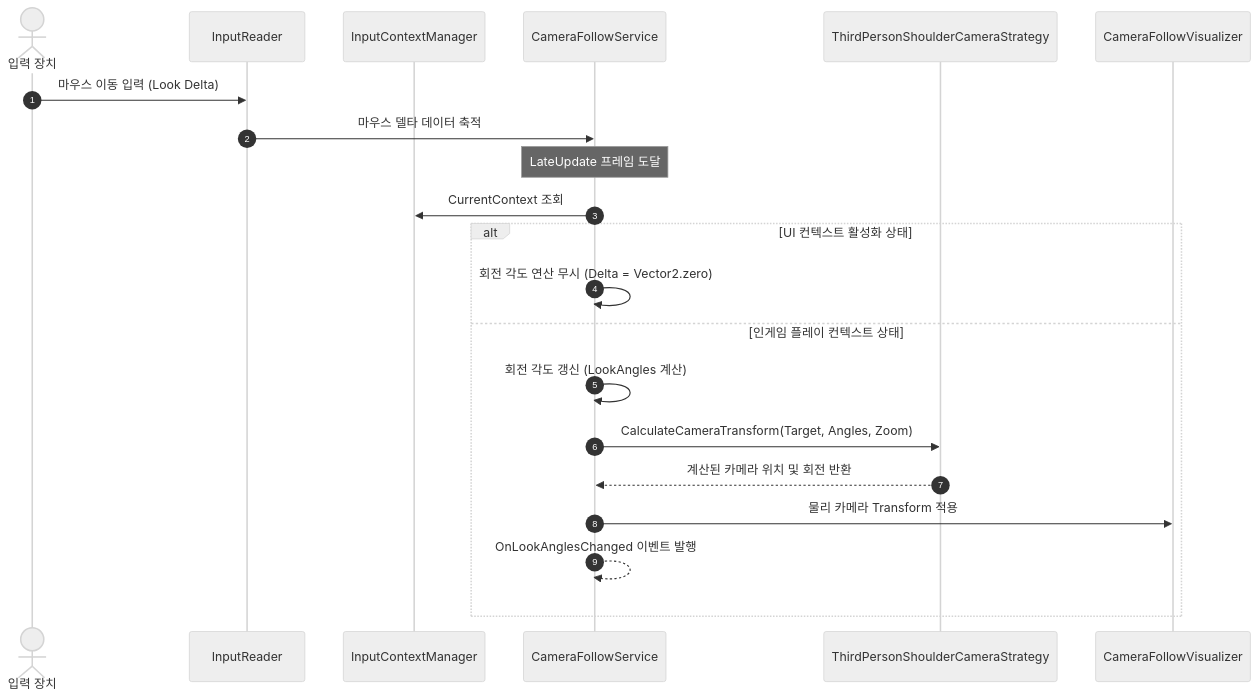
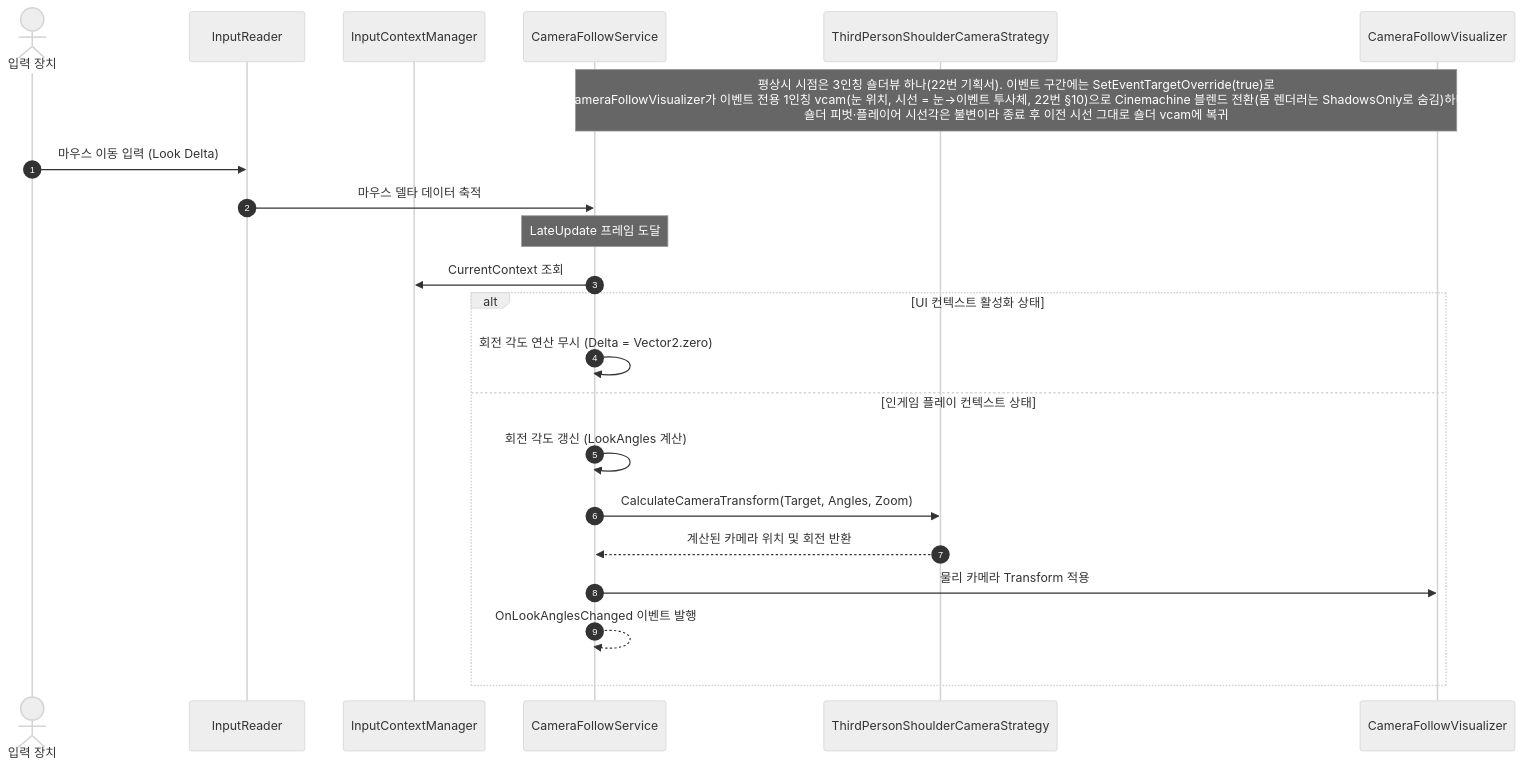
One commit to WhiteAppleKo/UnitMagician changed the second of 3 diagrams in Assets/00.Document/98.System/02.Locomotion_CameraSystem.md. Above: the diagram before and after it, drawn with Mermaid (neutral theme). The commit also changed other lines of this file and 393 other files, not shown here.

````diff
--- a/Assets/00.Document/98.System/02.Locomotion_CameraSystem.md
+++ b/Assets/00.Document/98.System/02.Locomotion_CameraSystem.md
@@ -51,24 +64,25 @@
 ```mermaid
 sequenceDiagram
     autonumber
     actor User as 입력 장치
     participant IR as InputReader
     participant ICM as InputContextManager
     participant CFS as CameraFollowService
     participant STRAT as ThirdPersonShoulderCameraStrategy
     participant VIS as CameraFollowVisualizer
+    Note over CFS,VIS: 평상시 시점은 3인칭 숄더뷰 하나(22번 기획서). 이벤트 구간에는 SetEventTargetOverride(true)로<br/>CameraFollowVisualizer가 이벤트 전용 1인칭 vcam(눈 위치, 시선 = 눈→이벤트 투사체, 22번 §10)으로 Cinemachine 블렌드 전환(몸 렌더러는 ShadowsOnly로 숨김)하며<br/>숄더 피벗·플레이어 시선각은 불변이라 종료 후 이전 시선 그대로 숄더 vcam에 복귀
 
     User->>IR: 마우스 이동 입력 (Look Delta)
     IR->>CFS: 마우스 델타 데이터 축적
     Note over CFS: LateUpdate 프레임 도달
     CFS->>ICM: CurrentContext 조회
     alt UI 컨텍스트 활성화 상태
         CFS->>CFS: 회전 각도 연산 무시 (Delta = Vector2.zero)
     else 인게임 플레이 컨텍스트 상태
         CFS->>CFS: 회전 각도 갱신 (LookAngles 계산)
         CFS->>STRAT: CalculateCameraTransform(Target, Angles, Zoom)
         STRAT-->>CFS: 계산된 카메라 위치 및 회전 반환
         CFS->>VIS: 물리 카메라 Transform 적용
         CFS-->>CFS: OnLookAnglesChanged 이벤트 발행
     end
 ```
````
